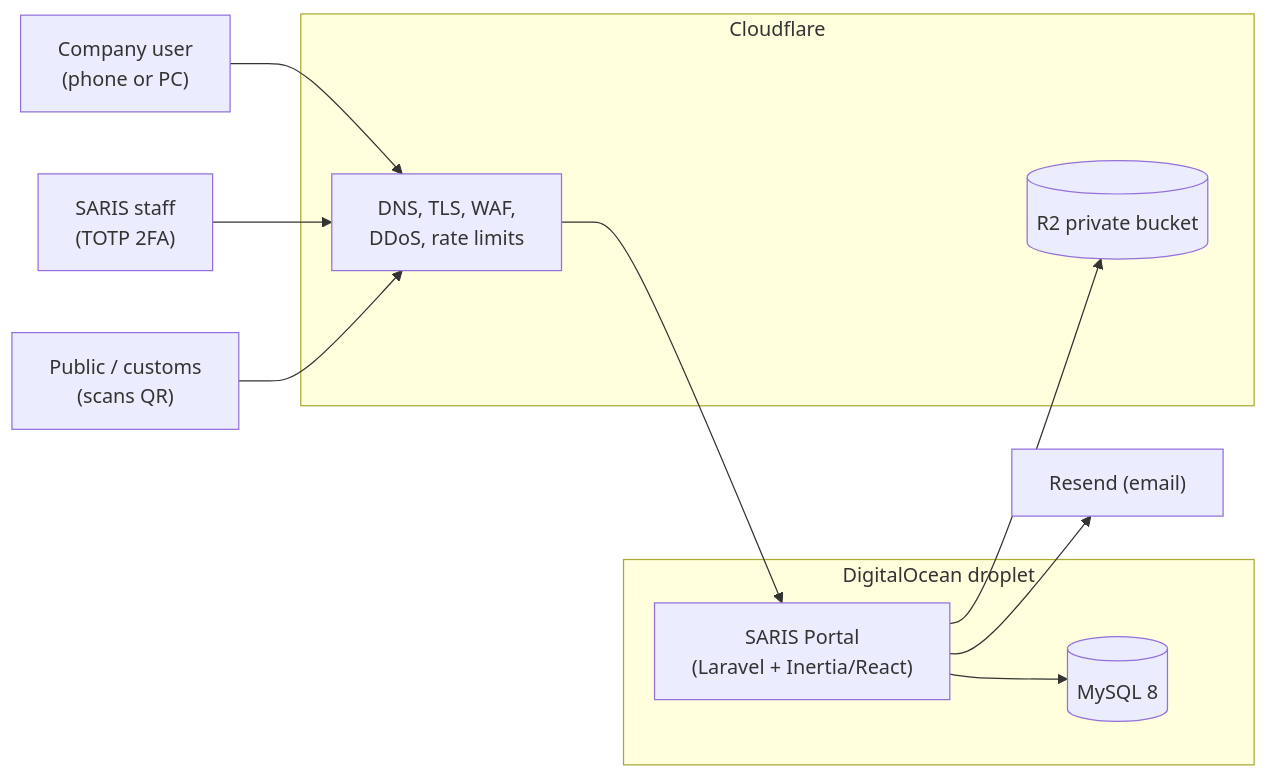
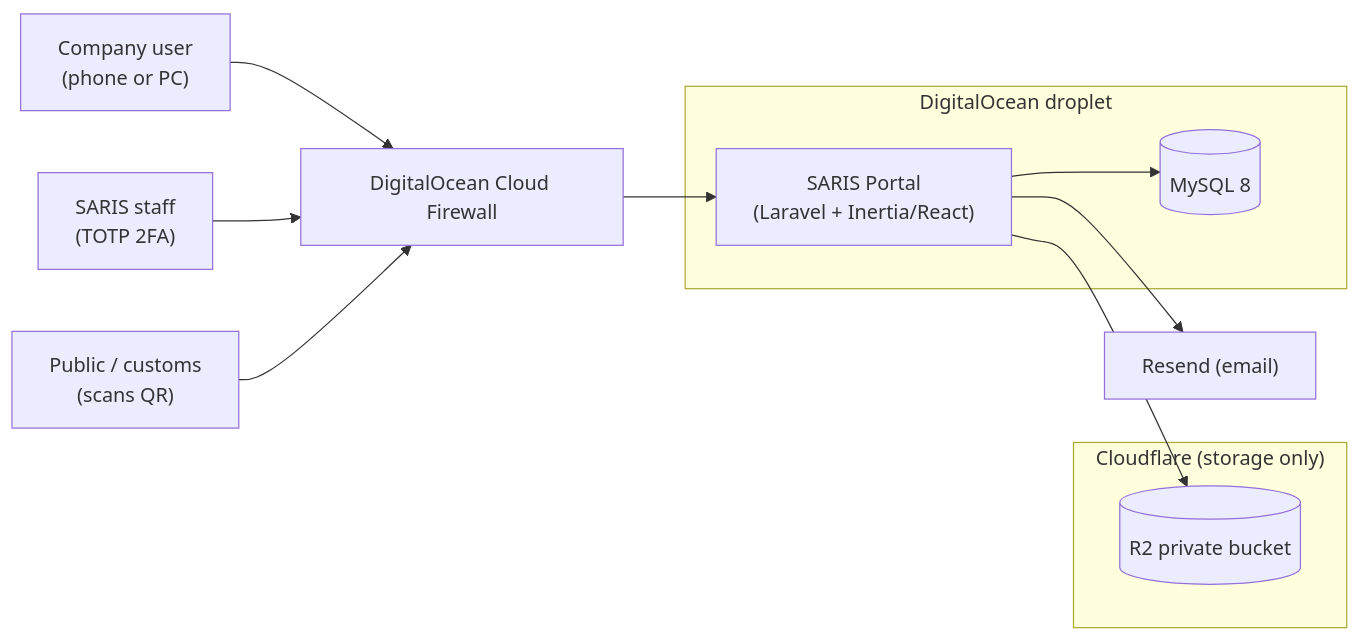
Before and after one commit to ahmed4so/PestControlSystem: the first of 3 diagrams in docs/design/01-architecture.md, drawn with Mermaid. The commit also changed other lines of this file and 4 other files, not shown here.

````diff
--- a/docs/design/01-architecture.md
+++ b/docs/design/01-architecture.md
@@ -43,26 +43,27 @@
 ```mermaid
 flowchart LR
     CU["Company user<br/>(phone or PC)"]
     ST["SARIS staff<br/>(TOTP 2FA)"]
     PUB["Public / customs<br/>(scans QR)"]
 
-    subgraph CF["Cloudflare"]
-        WAF["DNS, TLS, WAF,<br/>DDoS, rate limits"]
+    subgraph CF["Cloudflare (storage only)"]
         R2[("R2 private bucket")]
     end
+
+    FW["DigitalOcean Cloud Firewall"]
 
     subgraph DO["DigitalOcean droplet"]
         APP["SARIS Portal<br/>(Laravel + Inertia/React)"]
         DB[("MySQL 8")]
     end
 
     RS["Resend (email)"]
 
-    CU --> WAF
-    ST --> WAF
-    PUB --> WAF
-    WAF --> APP
+    CU --> FW
+    ST --> FW
+    PUB --> FW
+    FW --> APP
     APP --> DB
     APP --> R2
     APP --> RS
 ```
````
